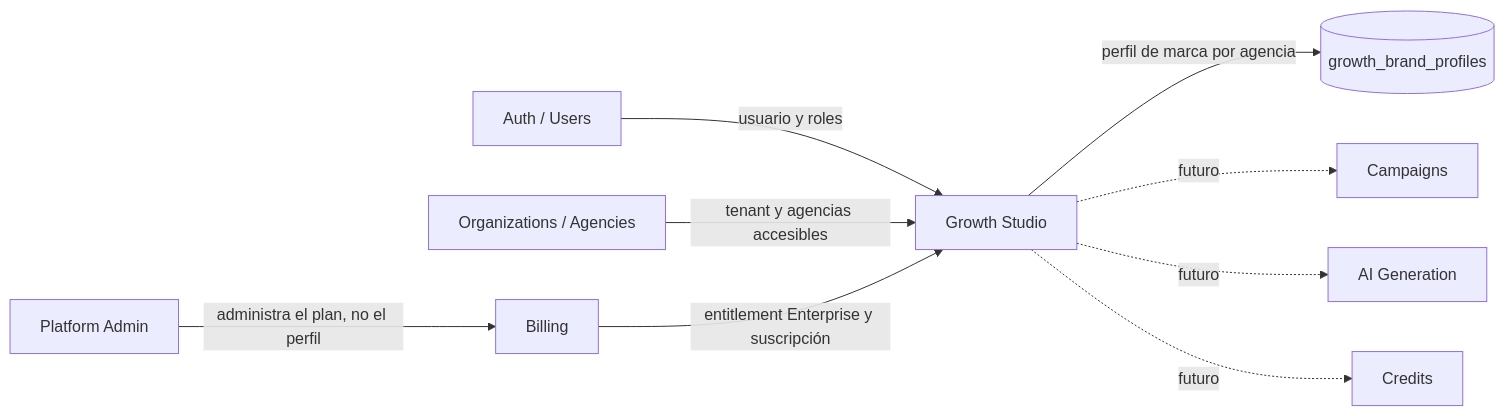
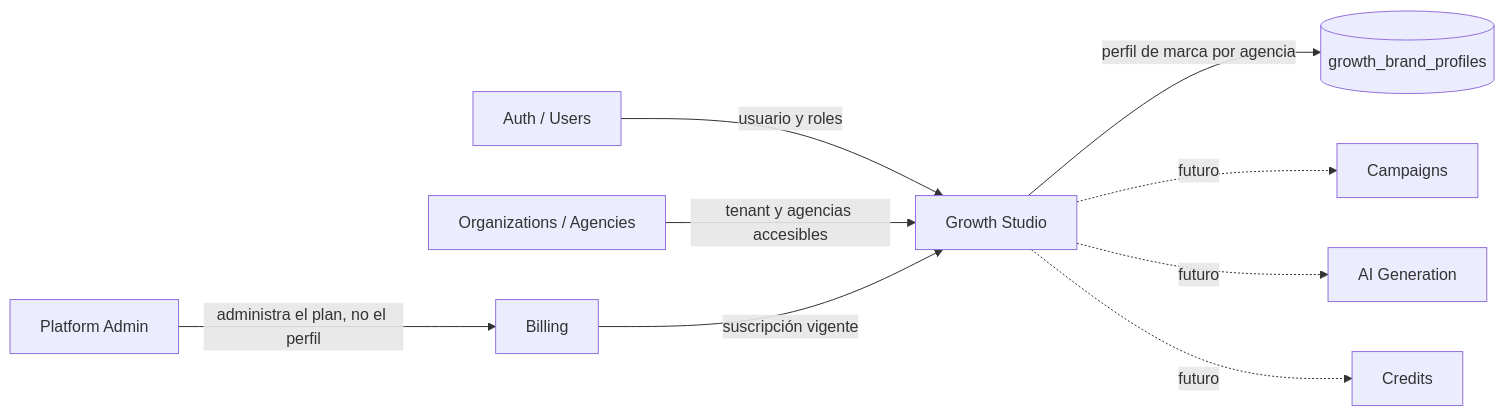
One commit to tometh04/maxevagestion changed the diagram in docs/superpowers/specs/2026-07-16-growth-studio-phase-1-2-design.md. Above: the diagram before and after it, drawn with Mermaid. The commit also changed other lines of this file and 7 other files, not shown here.

````diff
--- a/docs/superpowers/specs/2026-07-16-growth-studio-phase-1-2-design.md
+++ b/docs/superpowers/specs/2026-07-16-growth-studio-phase-1-2-design.md
@@ -123,11 +122,11 @@
 ```mermaid
 flowchart LR
   A["Auth / Users"] -->|usuario y roles| G["Growth Studio"]
   O["Organizations / Agencies"] -->|tenant y agencias accesibles| G
-  B["Billing"] -->|entitlement Enterprise y suscripción| G
+  B["Billing"] -->|suscripción vigente| G
   P["Platform Admin"] -->|administra el plan, no el perfil| B
   G -->|perfil de marca por agencia| DB[("growth_brand_profiles")]
   G -. futuro .-> C["Campaigns"]
   G -. futuro .-> AI["AI Generation"]
   G -. futuro .-> CR["Credits"]
 ```
````
